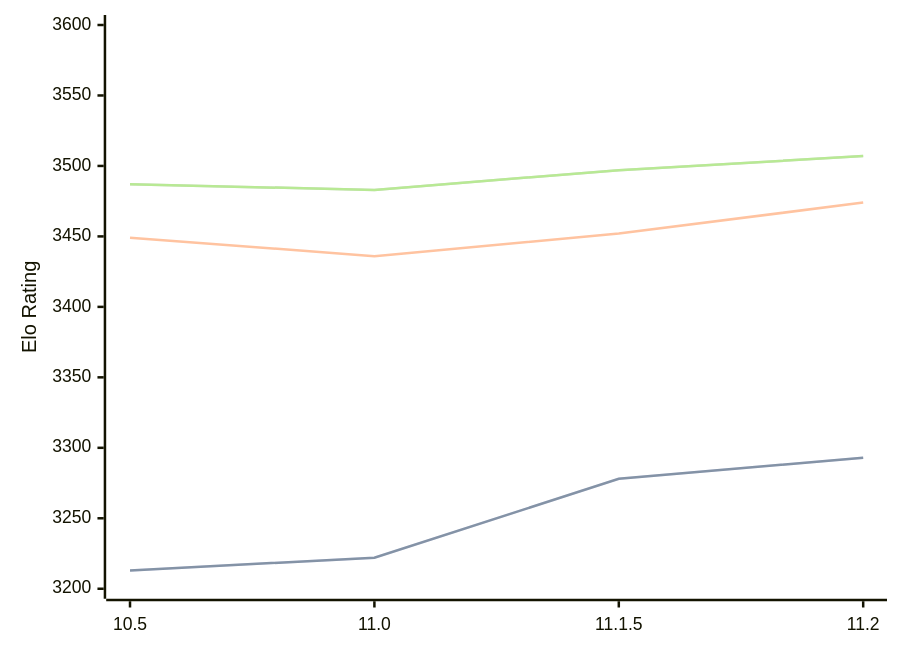
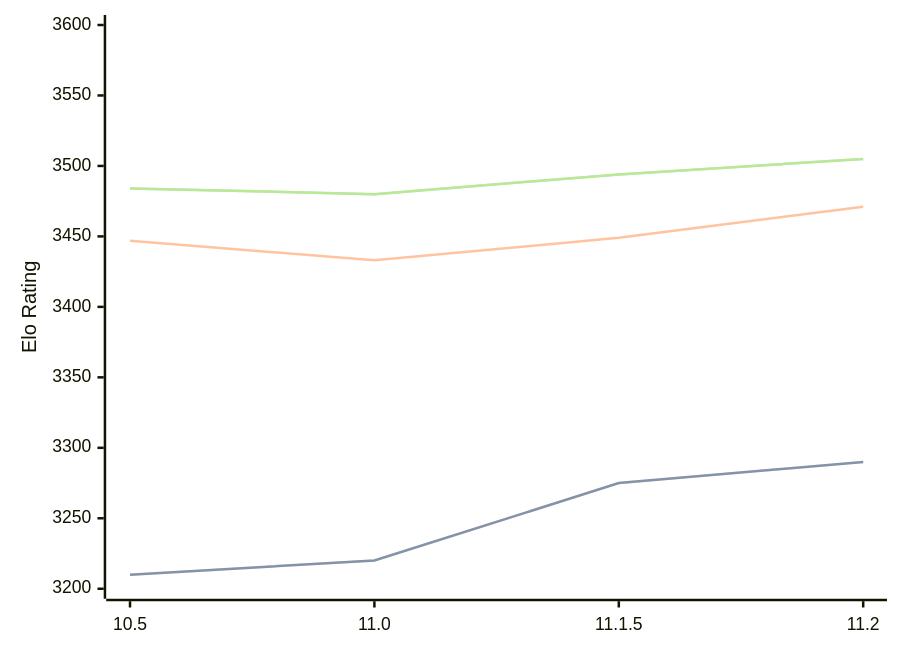
One commit to computer-chess-index/cci changed the diagram in engines/Lizard.md. Above: the diagram before and after it, drawn with Mermaid. The commit also changed other lines of this file, not shown here.

Commit message:
Update CCI Ratings (ELO VLTC) - 2026-08-12

````diff
--- a/engines/Lizard.md
+++ b/engines/Lizard.md
@@ -34,11 +34,11 @@
 ```mermaid
 %%{init: {"theme":"base","themeVariables":{"seriesColors:['#a3a3a3','#222221','#faa371']}}}%%
 xychart-beta
   x-axis ["10.5", "11.0", "11.1.5", "11.2"]
   y-axis "Elo Rating" 3200 --> 3600
-  line "STC (8.0+0.08s)" [3213, 3222, 3278, 3293]
-  line "STC (8.0+0.08s)" [3213, 3222, 3278, 3293]
-  line "LTC (60.0+0.60s)" [3449, 3436, 3452, 3474]
-  line "VLTC (2m24s+1.12s)" [3487, 3483, 3497, 3507]
-  line "VLTC (2m24s+1.12s)" [3487, 3483, 3497, 3507]
+  line "STC (8.0+0.08s)" [3210, 3220, 3275, 3290]
+  line "STC (8.0+0.08s)" [3210, 3220, 3275, 3290]
+  line "LTC (60.0+0.60s)" [3447, 3433, 3449, 3471]
+  line "VLTC (2m24s+1.12s)" [3484, 3480, 3494, 3505]
+  line "VLTC (2m24s+1.12s)" [3484, 3480, 3494, 3505]
 ```
````
